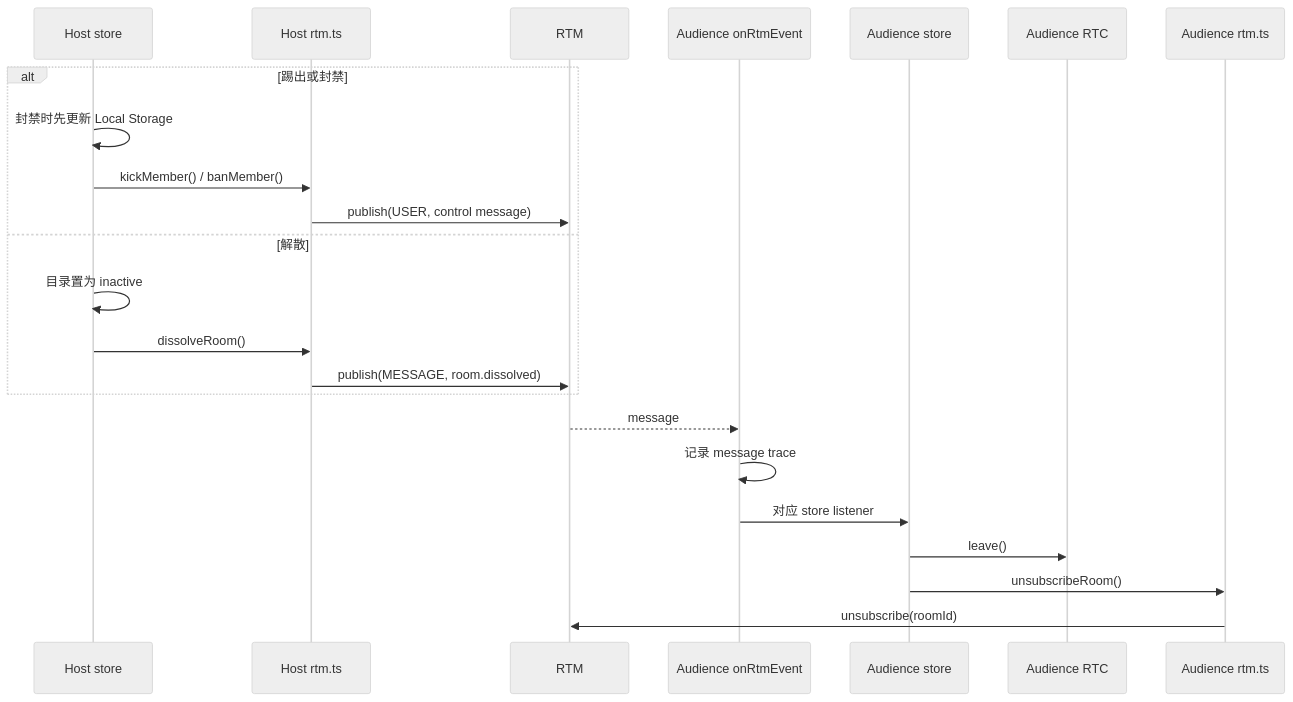
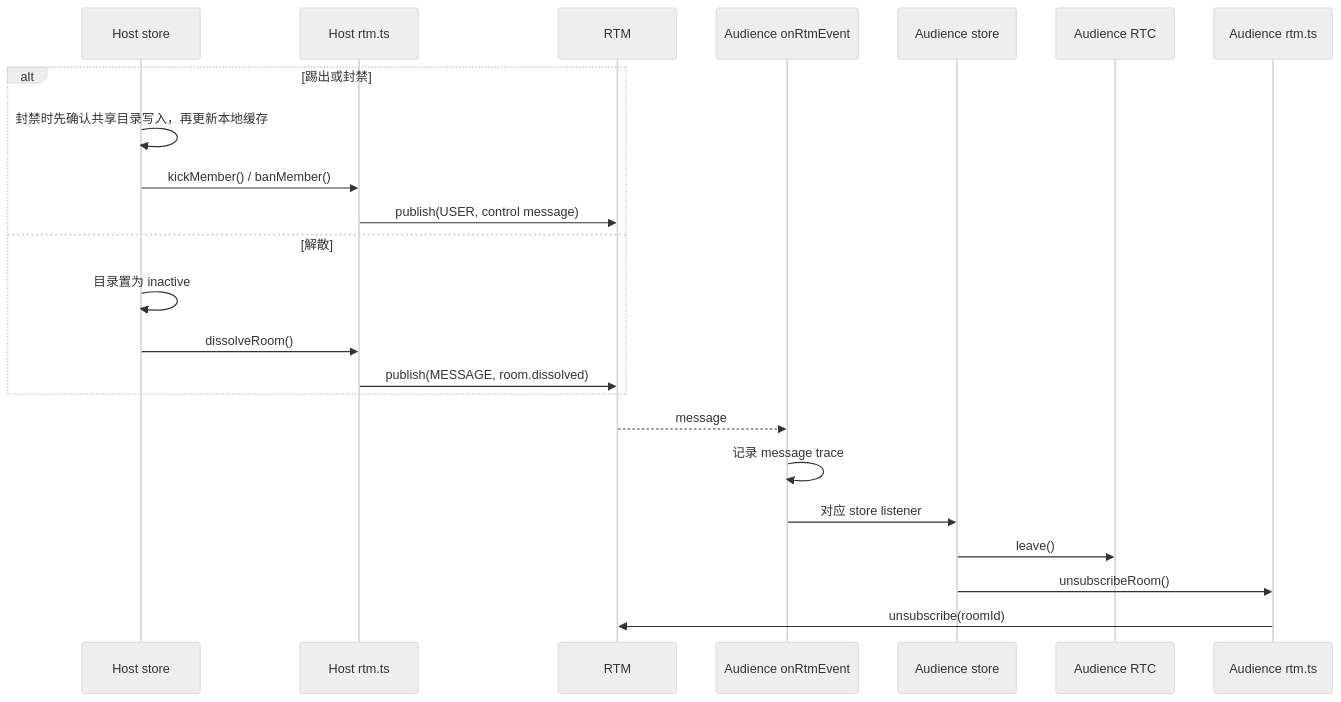
Before and after one commit to Walking-Yu/new-rtm-demo: the seventh of 7 diagrams in src/scenes/voice-room/docs/语聊房功能底层-RTM-API-事件与时序.md, drawn with Mermaid (neutral theme). The commit also changed other lines of this file and 44 other files, not shown here.

````diff
--- a/src/scenes/voice-room/docs/语聊房功能底层-RTM-API-事件与时序.md
+++ b/src/scenes/voice-room/docs/语聊房功能底层-RTM-API-事件与时序.md
@@ -228,25 +229,25 @@
 ```mermaid
 sequenceDiagram
   participant HStore as Host store
   participant HRtm as Host rtm.ts
   participant SDK as RTM
   participant AEvent as Audience onRtmEvent
   participant AStore as Audience store
   participant RTC as Audience RTC
   participant ARtm as Audience rtm.ts
   alt 踢出或封禁
-    HStore->>HStore: 封禁时先更新 Local Storage
+    HStore->>HStore: 封禁时先确认共享目录写入，再更新本地缓存
     HStore->>HRtm: kickMember() / banMember()
     HRtm->>SDK: publish(USER, control message)
   else 解散
     HStore->>HStore: 目录置为 inactive
     HStore->>HRtm: dissolveRoom()
     HRtm->>SDK: publish(MESSAGE, room.dissolved)
   end
   SDK-->>AEvent: message
   AEvent->>AEvent: 记录 message trace
   AEvent->>AStore: 对应 store listener
   AStore->>RTC: leave()
   AStore->>ARtm: unsubscribeRoom()
   ARtm->>SDK: unsubscribe(roomId)
 ```
````
